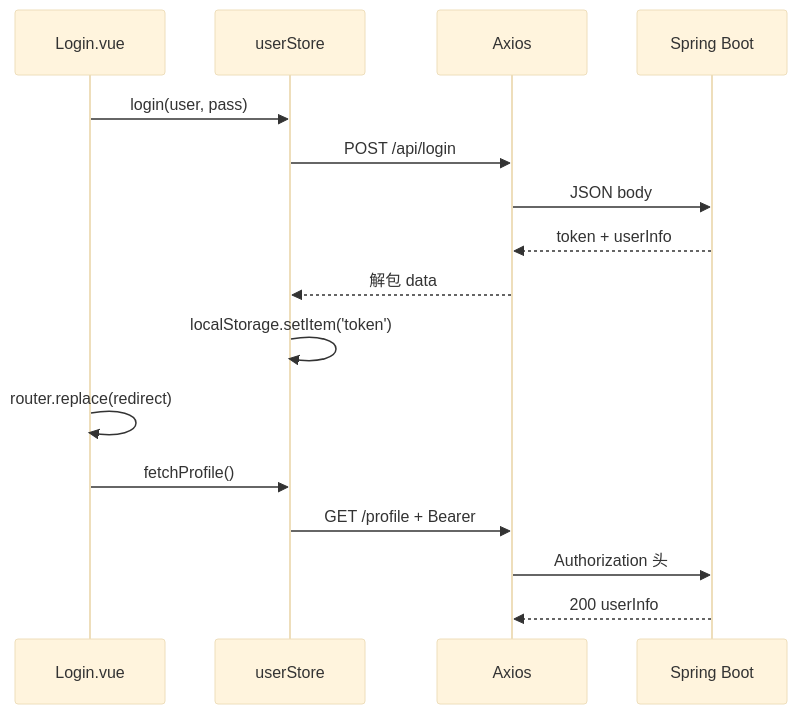
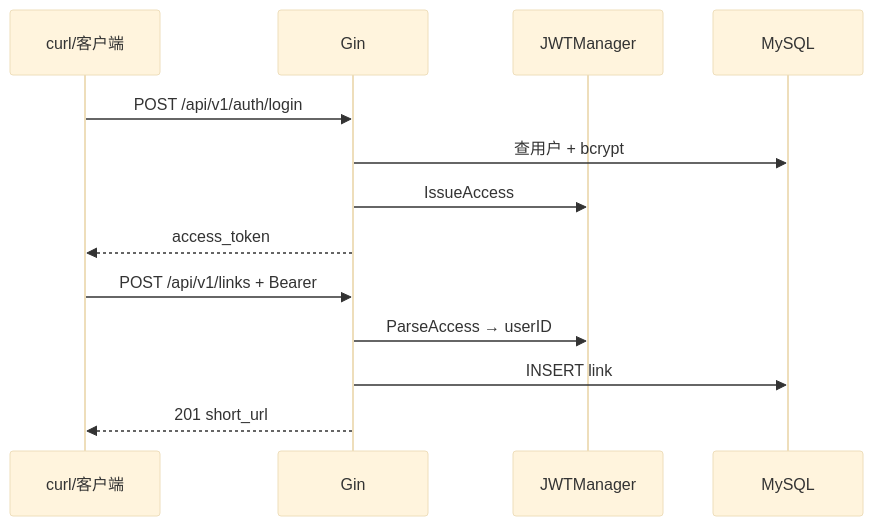
Before and after one commit to moqix26/study: the seventh of 7 diagrams in 前端学习/计算机网络/06-缓存Cookie与会话机制.md, drawn with Mermaid (base theme). The commit also changed other lines of this file and 10 other files, not shown here.

````diff
--- a/前端学习/计算机网络/06-缓存Cookie与会话机制.md
+++ b/前端学习/计算机网络/06-缓存Cookie与会话机制.md
@@ -844,19 +930,16 @@
 ```mermaid
 sequenceDiagram
-    participant L as Login.vue
-    participant S as userStore
-    participant A as Axios
-    participant B as Spring Boot
+    participant C as curl/客户端
+    participant G as Gin
+    participant J as JWTManager
+    participant DB as MySQL
 
-    L->>S: login(user, pass)
-    S->>A: POST /api/login
-    A->>B: JSON body
-    B-->>A: token + userInfo
-    A-->>S: 解包 data
-    S->>S: localStorage.setItem('token')
-    L->>L: router.replace(redirect)
-    L->>S: fetchProfile()
-    S->>A: GET /profile + Bearer
-    A->>B: Authorization 头
-    B-->>A: 200 userInfo
+    C->>G: POST /api/v1/auth/login
+    G->>DB: 查用户 + bcrypt
+    G->>J: IssueAccess
+    G-->>C: access_token
+    C->>G: POST /api/v1/links + Bearer
+    G->>J: ParseAccess → userID
+    G->>DB: INSERT link
+    G-->>C: 201 short_url
 ```
````
